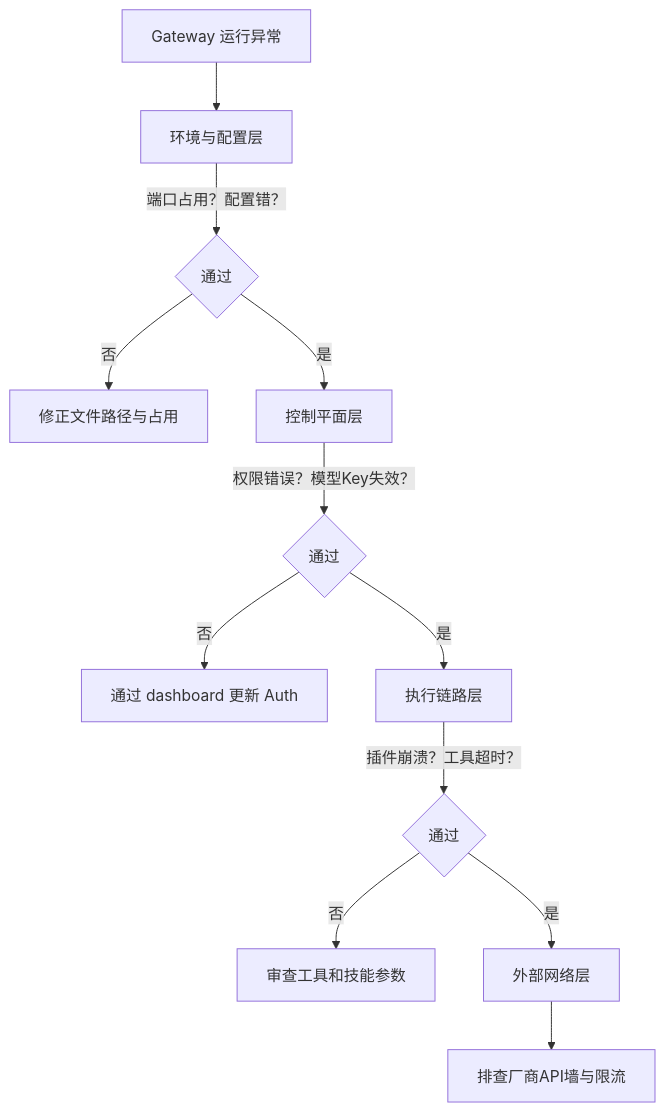
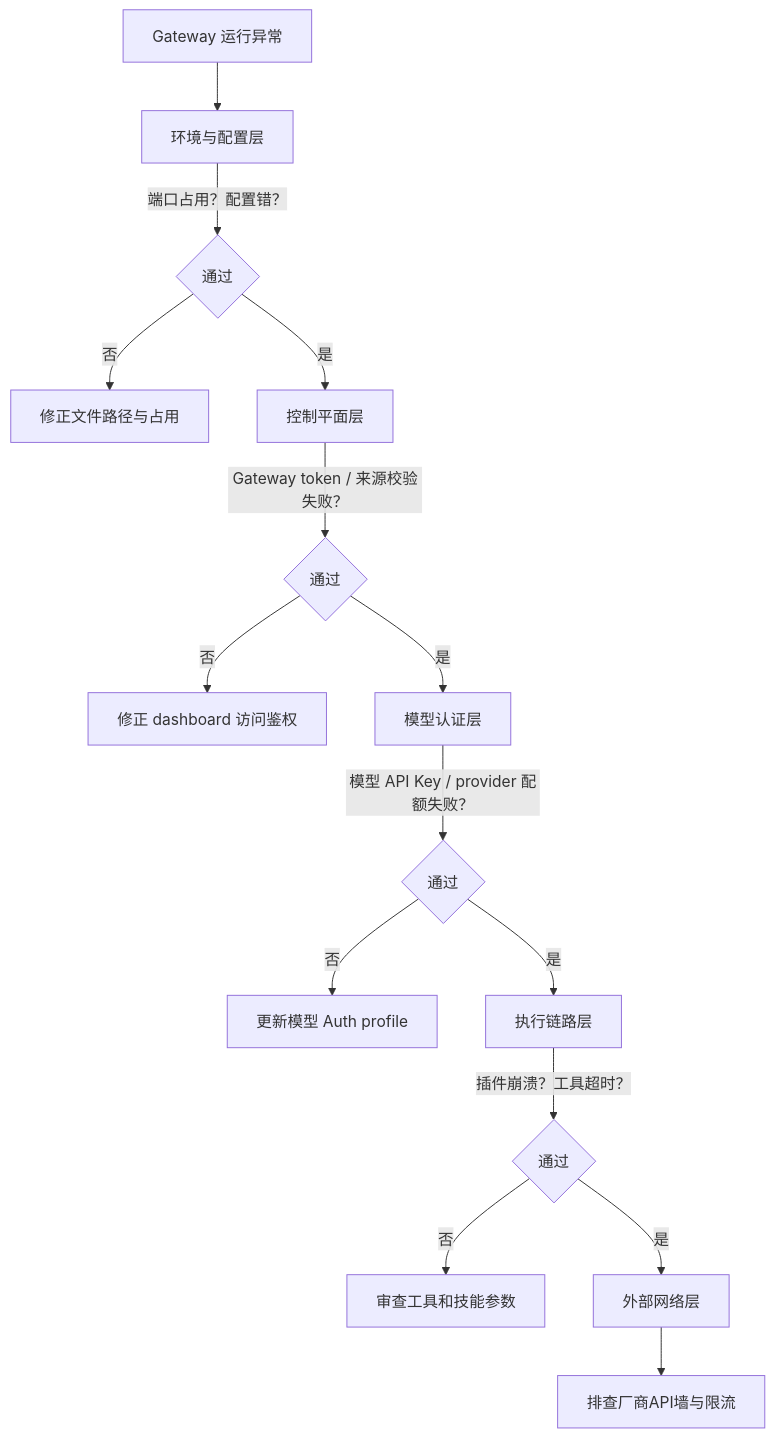
The diagram in 02_setup/2.4_gateway_service.md (yeasy/openclaw_guide), drawn with Mermaid before and after one commit. The commit also changed 53 other files, not shown here.

````diff
--- a/02_setup/2.4_gateway_service.md
+++ b/02_setup/2.4_gateway_service.md
@@ -116,14 +116,17 @@
 ```mermaid
 flowchart TD
   start["Gateway 运行异常"] --> L1["环境与配置层"]
   L1 -->|"端口占用？配置错？"| L1ok{通过}
   L1ok -->|"否"| fix1["修正文件路径与占用"]
   L1ok -->|"是"| L2["控制平面层"]
-  L2 -->|"权限错误？模型Key失效？"| L2ok{通过}
-  L2ok -->|"否"| fix2["通过 dashboard 更新 Auth"]
-  L2ok -->|"是"| L3["执行链路层"]
+  L2 -->|"Gateway token / 来源校验失败？"| L2ok{通过}
+  L2ok -->|"否"| fix2["修正 dashboard 访问鉴权"]
+  L2ok -->|"是"| L2m["模型认证层"]
+  L2m -->|"模型 API Key / provider 配额失败？"| L2mok{通过}
+  L2mok -->|"否"| fix2m["更新模型 Auth profile"]
+  L2mok -->|"是"| L3["执行链路层"]
   L3 -->|"插件崩溃？工具超时？"| L3ok{通过}
   L3ok -->|"否"| fix3["审查工具和技能参数"]
   L3ok -->|"是"| L4["外部网络层"]
   L4 --> fix4["排查厂商API墙与限流"]
 ```
````
